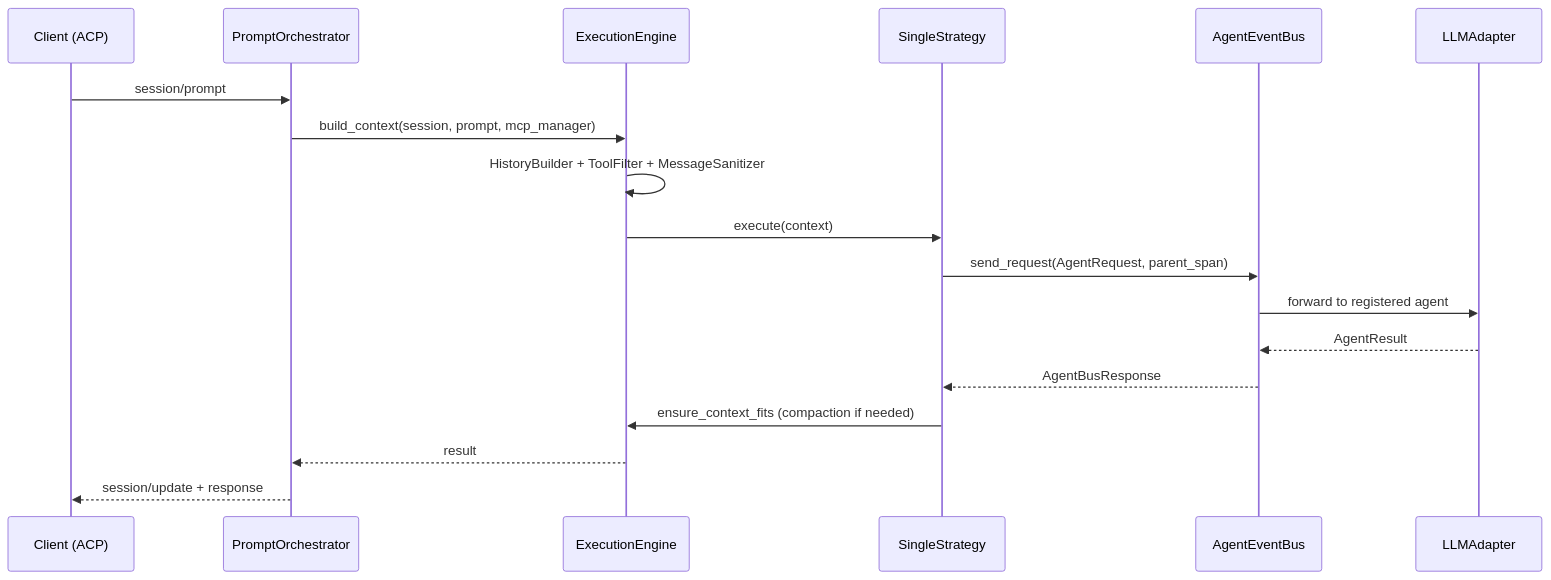
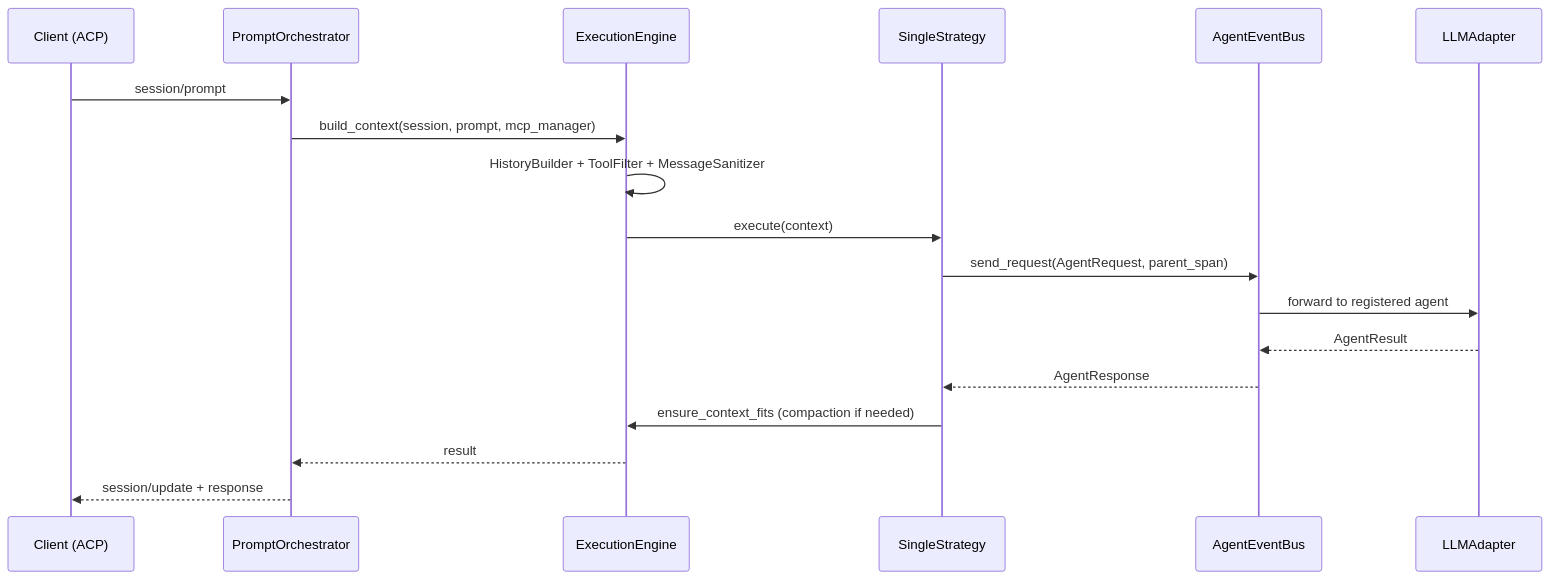
The diagram in openspec/changes/multiagent-single-strategy/proposal.md (pese-git/codelab-agent), drawn with Mermaid before and after one commit. The commit also changed other lines of this file and 17 other files, not shown here.

````diff
--- a/openspec/changes/multiagent-single-strategy/proposal.md
+++ b/openspec/changes/multiagent-single-strategy/proposal.md
@@ -55,21 +61,21 @@
 ```mermaid
 sequenceDiagram
     participant Client as Client (ACP)
     participant Pipeline as PromptOrchestrator
     participant Engine as ExecutionEngine
     participant Strategy as SingleStrategy
     participant EventBus as AgentEventBus
     participant LLM as LLMAdapter
 
     Client->>Pipeline: session/prompt
     Pipeline->>Engine: build_context(session, prompt, mcp_manager)
     Engine->>Engine: HistoryBuilder + ToolFilter + MessageSanitizer
     Engine->>Strategy: execute(context)
     Strategy->>EventBus: send_request(AgentRequest, parent_span)
     EventBus->>LLM: forward to registered agent
     LLM-->>EventBus: AgentResult
-    EventBus-->>Strategy: AgentBusResponse
+    EventBus-->>Strategy: AgentResponse
     Strategy->>Engine: ensure_context_fits (compaction if needed)
     Engine-->>Pipeline: result
     Pipeline-->>Client: session/update + response
 ```
````
